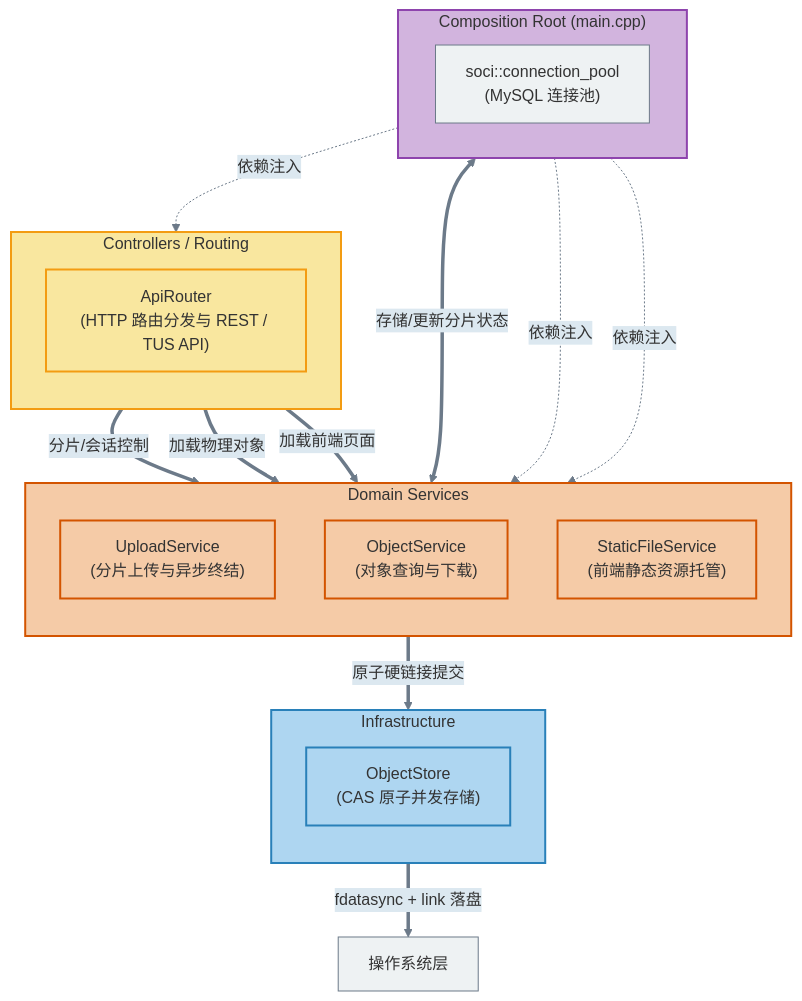
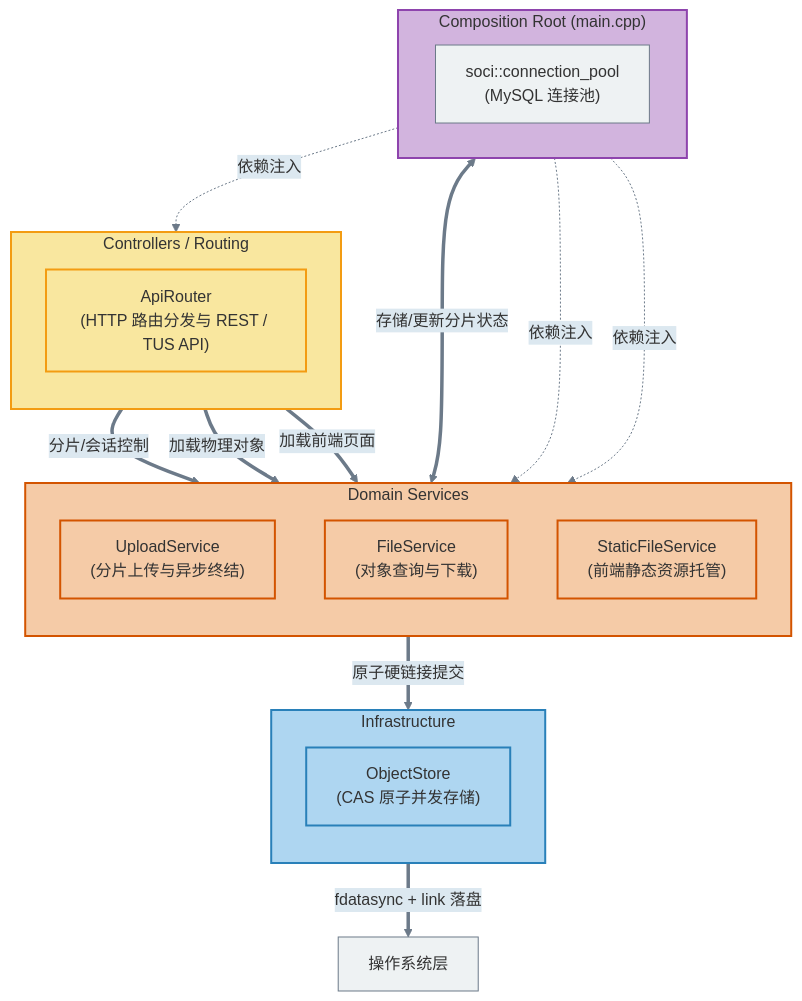
One commit to WenXingming/FileLink changed the diagram in README.md. Above: the diagram before and after it, drawn with Mermaid. The commit also changed other lines of this file, not shown here.

````diff
--- a/README.md
+++ b/README.md
@@ -102,58 +111,58 @@
 ```mermaid
 %%{init: {
   "theme": "base",
   "themeVariables": {
     "fontFamily": "Inter, Helvetica, sans-serif",
     "fontSize": "16px",
     "primaryColor": "#eef2f3",
     "primaryTextColor": "#333",
     "primaryBorderColor": "#6c7a89",
     "lineColor": "#6c7a89",
     "secondaryColor": "#dce8f0",
     "tertiaryColor": "#fdfdfd"
   }
 }}%%
 
 flowchart TD
   classDef appLayer fill:#f9e79f,stroke:#f39c12,stroke-width:2px,color:#333
   classDef httpLayer fill:#f5cba7,stroke:#d35400,stroke-width:2px,color:#333
   classDef tcpLayer fill:#aed6f1,stroke:#2980b9,stroke-width:2px,color:#333
   classDef osLayer fill:#d2b4de,stroke:#8e44ad,stroke-width:2px,color:#333
 
   subgraph DI ["Composition Root (main.cpp)"]
     direction LR
     DatabasePool["soci::connection_pool\n(MySQL 连接池)"]
   end
 
   subgraph Controllers ["Controllers / Routing"]
     direction TB
     ApiRouter["ApiRouter\n(HTTP 路由分发与 REST / TUS API)"]
   end
 
   subgraph Services ["Domain Services"]
     direction TB
     UploadSrv["UploadService\n(分片上传与异步终结)"]
-    ObjectSrv["ObjectService\n(对象查询与下载)"]
+    ObjectSrv["FileService\n(对象查询与下载)"]
     StaticSrv["StaticFileService\n(前端静态资源托管)"]
   end
 
   subgraph Infrastructure ["Infrastructure"]
     direction TB
     ObjectStore["ObjectStore\n(CAS 原子并发存储)"]
   end
 
   DI -.->|依赖注入| ApiRouter
   DI -.->|依赖注入| UploadSrv
   DI -.->|依赖注入| ObjectSrv
   DatabasePool <==>|存储/更新分片状态| UploadSrv
   ApiRouter ==>|分片/会话控制| UploadSrv
   ApiRouter ==>|加载物理对象| ObjectSrv
   ApiRouter ==>|加载前端页面| StaticSrv
   UploadSrv ==>|原子硬链接提交| ObjectStore
   ObjectStore ==>|fdatasync + link 落盘| OS["操作系统层"]
 
   class Controllers,ApiRouter appLayer
   class Services,UploadSrv,ObjectSrv,StaticSrv httpLayer
   class Infrastructure,ObjectStore tcpLayer
   class DI osLayer
 ```
````
